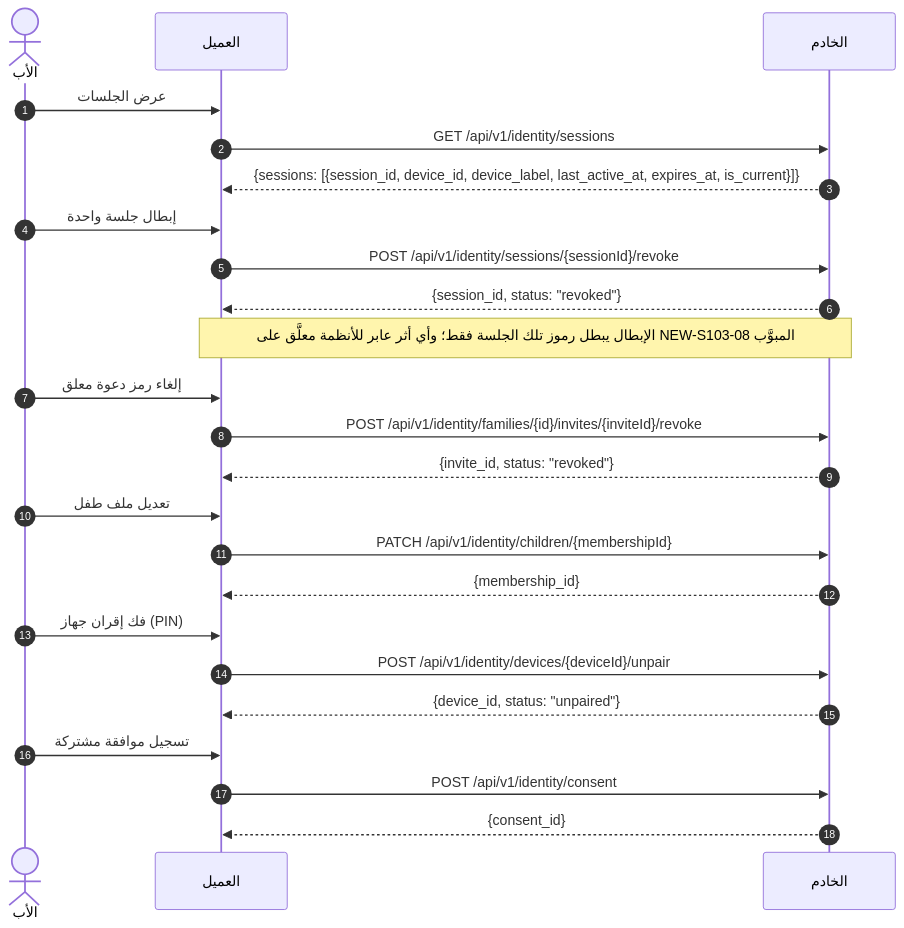
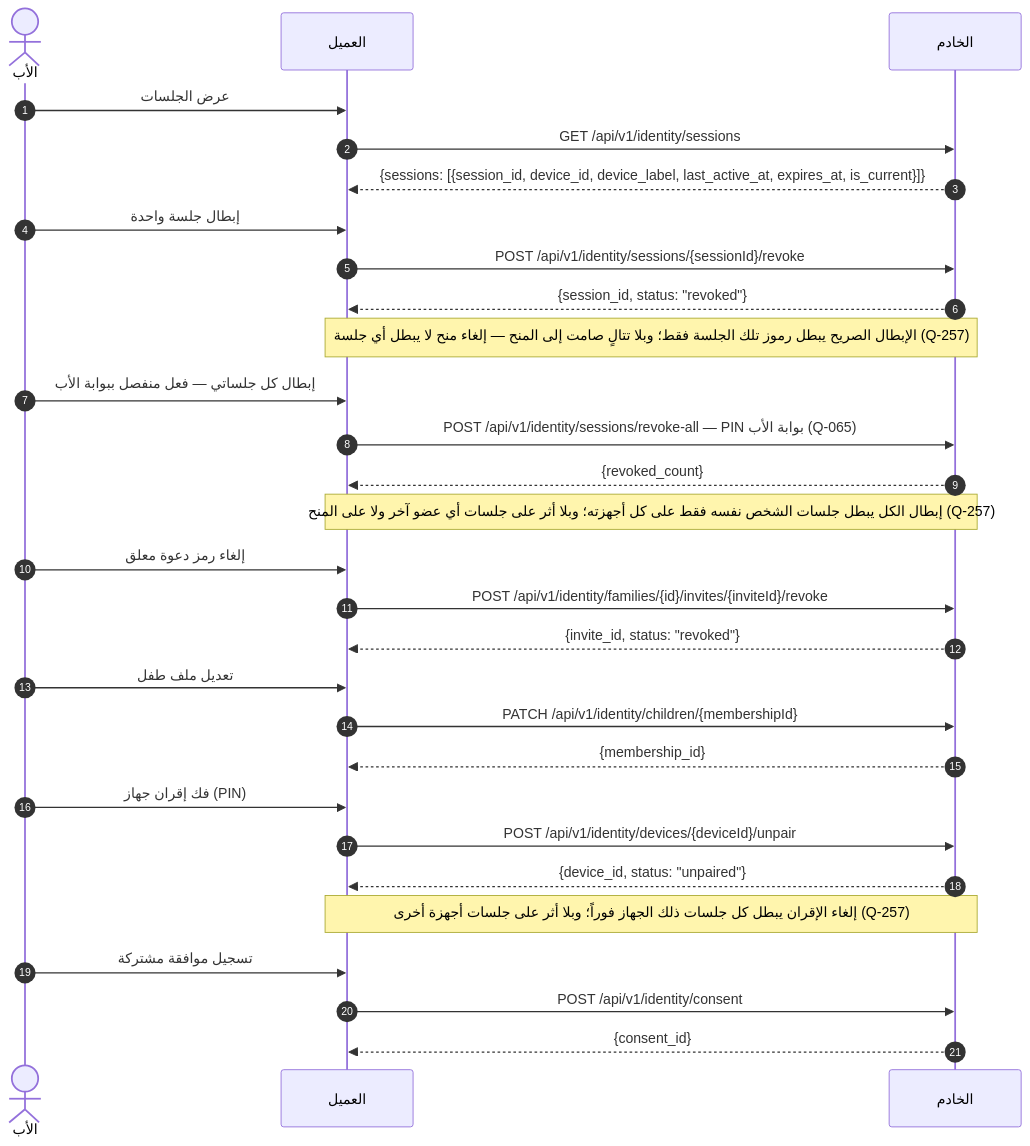
One commit to Bassam-mohammed-alqaeadi/family-os-v2 changed diagram 11 of 14 in docs/family-os/governance/phases/phase-1/S1-02-identity-and-onboarding/DIAGRAMS.md. Above: the diagram before and after it, drawn with Mermaid. The commit also changed 3 other files, not shown here.

Commit message:
NEW-S103-08 (Q-257): نطاق الإبطال صريح في كل عملية — إلغاء إقران يبطل كل جلسات الجهاز؛ إبطال صريح لتلك الجلسة فقط؛ وإبطال كل جلساتي فعل منفصل ببوابة الأب؛ بلا تتالٍ صامت

````diff
--- a/docs/family-os/governance/phases/phase-1/S1-02-identity-and-onboarding/DIAGRAMS.md
+++ b/docs/family-os/governance/phases/phase-1/S1-02-identity-and-onboarding/DIAGRAMS.md
@@ -513,26 +513,31 @@
 ```mermaid
 sequenceDiagram
     autonumber
     actor Father as الأب
     participant Client as العميل
     participant Ktor as الخادم
     Father->>Client: عرض الجلسات
     Client->>Ktor: GET /api/v1/identity/sessions
     Ktor-->>Client: {sessions: [{session_id, device_id, device_label, last_active_at, expires_at, is_current}]}
     Father->>Client: إبطال جلسة واحدة
     Client->>Ktor: POST /api/v1/identity/sessions/{sessionId}/revoke
     Ktor-->>Client: {session_id, status: "revoked"}
-    Note over Client,Ktor: الإبطال يبطل رموز تلك الجلسة فقط؛ وأي أثر عابر للأنظمة معلَّق على NEW-S103-08 المبوَّب
+    Note over Client,Ktor: الإبطال الصريح يبطل رموز تلك الجلسة فقط؛ وبلا تتالٍ صامت إلى المنح — إلغاء منح لا يبطل أي جلسة (Q-257)
+    Father->>Client: إبطال كل جلساتي — فعل منفصل ببوابة الأب
+    Client->>Ktor: POST /api/v1/identity/sessions/revoke-all — PIN بوابة الأب (Q-065)
+    Ktor-->>Client: {revoked_count}
+    Note over Client,Ktor: إبطال الكل يبطل جلسات الشخص نفسه فقط على كل أجهزته؛ وبلا أثر على جلسات أي عضو آخر ولا على المنح (Q-257)
     Father->>Client: إلغاء رمز دعوة معلق
     Client->>Ktor: POST /api/v1/identity/families/{id}/invites/{inviteId}/revoke
     Ktor-->>Client: {invite_id, status: "revoked"}
     Father->>Client: تعديل ملف طفل
     Client->>Ktor: PATCH /api/v1/identity/children/{membershipId}
     Ktor-->>Client: {membership_id}
     Father->>Client: فك إقران جهاز (PIN)
     Client->>Ktor: POST /api/v1/identity/devices/{deviceId}/unpair
     Ktor-->>Client: {device_id, status: "unpaired"}
+    Note over Client,Ktor: إلغاء الإقران يبطل كل جلسات ذلك الجهاز فوراً؛ وبلا أثر على جلسات أجهزة أخرى (Q-257)
     Father->>Client: تسجيل موافقة مشتركة
     Client->>Ktor: POST /api/v1/identity/consent
     Ktor-->>Client: {consent_id}
 ```
````
